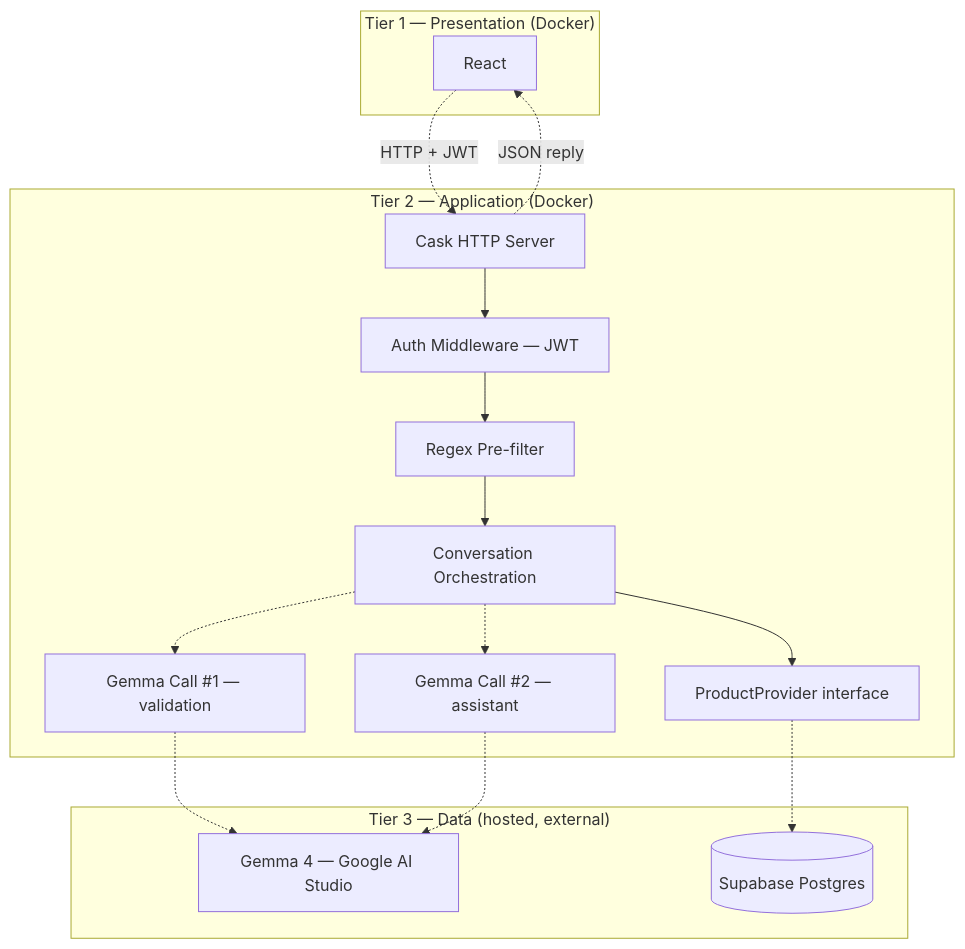
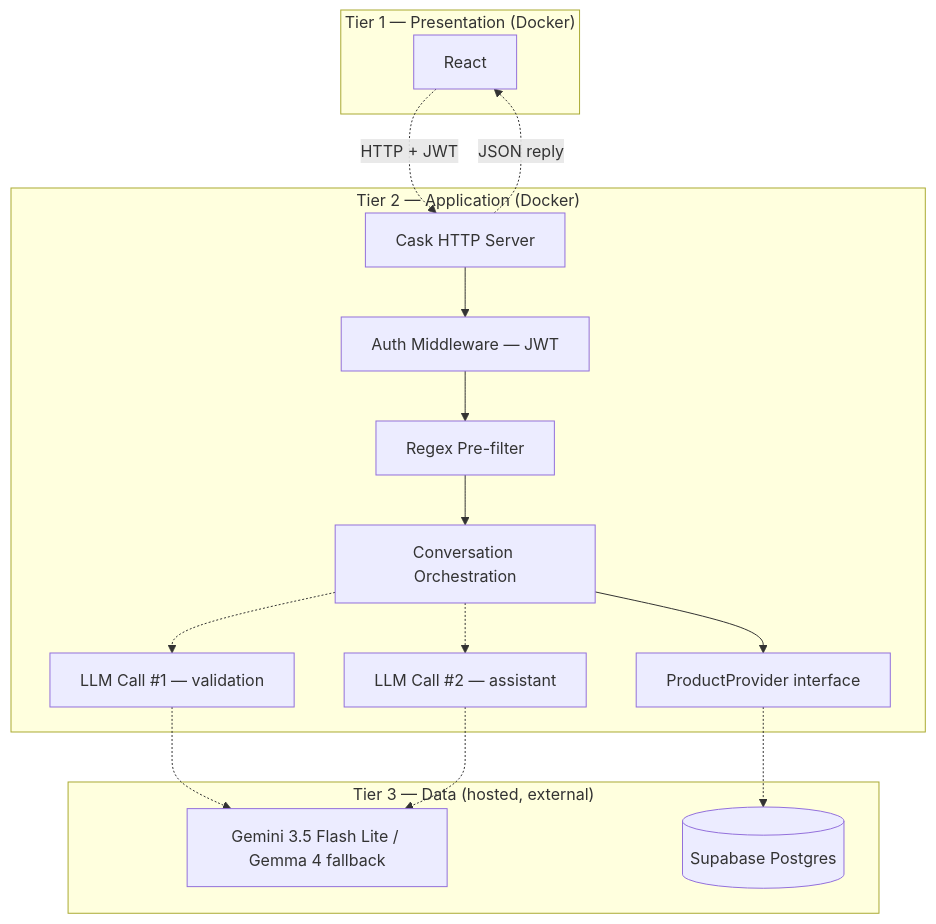
One commit to magnificentthrush/scala-shopping-assisstant changed the diagram in docs/ARCHITECTURE.md. Above: the diagram before and after it, drawn with Mermaid. The commit also changed other lines of this file and 7 other files, not shown here.

Commit message:
add boiler code for gemini-3.5-flash-lite

````diff
--- a/docs/ARCHITECTURE.md
+++ b/docs/ARCHITECTURE.md
@@ -15,28 +26,28 @@
 ```mermaid
 flowchart TB
     subgraph T1["Tier 1 — Presentation (Docker)"]
         FE[React]
     end
 
     subgraph T2["Tier 2 — Application (Docker)"]
         BE[Cask HTTP Server]
         Auth[Auth Middleware — JWT]
         Filter[Regex Pre-filter]
         Conv[Conversation Orchestration]
-        V1[Gemma Call #1 — validation]
-        V2[Gemma Call #2 — assistant]
+        V1[LLM Call #1 — validation]
+        V2[LLM Call #2 — assistant]
         PP[ProductProvider interface]
     end
 
     subgraph T3["Tier 3 — Data (hosted, external)"]
-        LLM[Gemma 4 — Google AI Studio]
+        LLM[Gemini 3.5 Flash Lite / Gemma 4 fallback]
         SB[(Supabase Postgres)]
     end
 
     FE -.->|HTTP + JWT| BE
     BE --> Auth --> Filter --> Conv
     Conv -.-> V1 -.-> LLM
     Conv -.-> V2 -.-> LLM
     Conv --> PP -.-> SB
     BE -.->|JSON reply| FE
 ```
````
